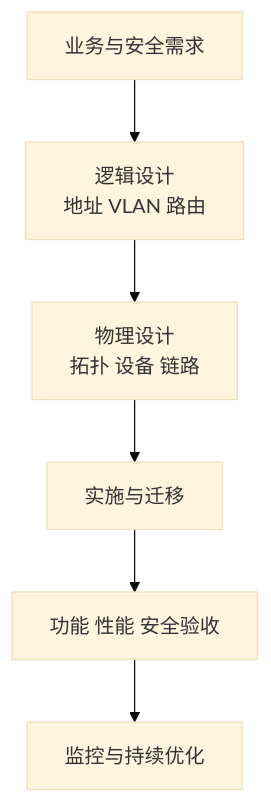
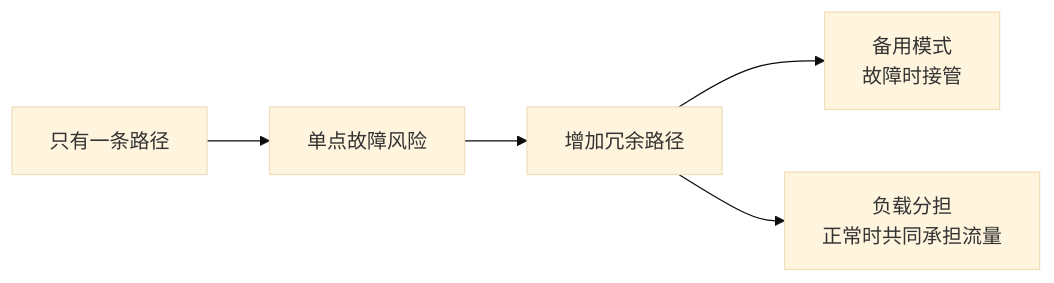
Before and after one commit to 74262195/system-architect-notes: the fifth of 5 diagrams in 01_综合知识/01_计算机基础知识/03_计算机网络/网络拓扑、组网与网络工程.md, drawn with Mermaid (base theme). The commit also changed other lines of this file, not shown here.

````diff
--- a/01_综合知识/01_计算机基础知识/03_计算机网络/网络拓扑、组网与网络工程.md
+++ b/01_综合知识/01_计算机基础知识/03_计算机网络/网络拓扑、组网与网络工程.md
@@ -39,8 +137,7 @@
 ```mermaid
-flowchart TB
-    A[业务与安全需求] --> B[逻辑设计<br/>地址 VLAN 路由]
-    B --> C[物理设计<br/>拓扑 设备 链路]
-    C --> D[实施与迁移]
-    D --> E[功能 性能 安全验收]
-    E --> F[监控与持续优化]
+flowchart LR
+    A[只有一条路径] --> B[单点故障风险]
+    B --> C[增加冗余路径]
+    C --> D[备用模式<br/>故障时接管]
+    C --> E[负载分担<br/>正常时共同承担流量]
 ```
````
